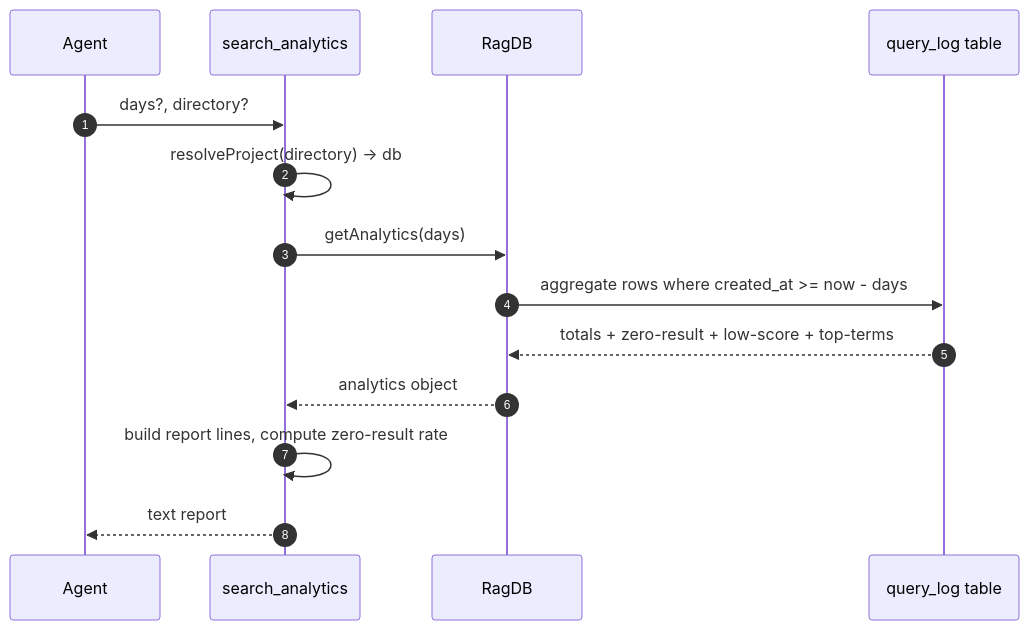
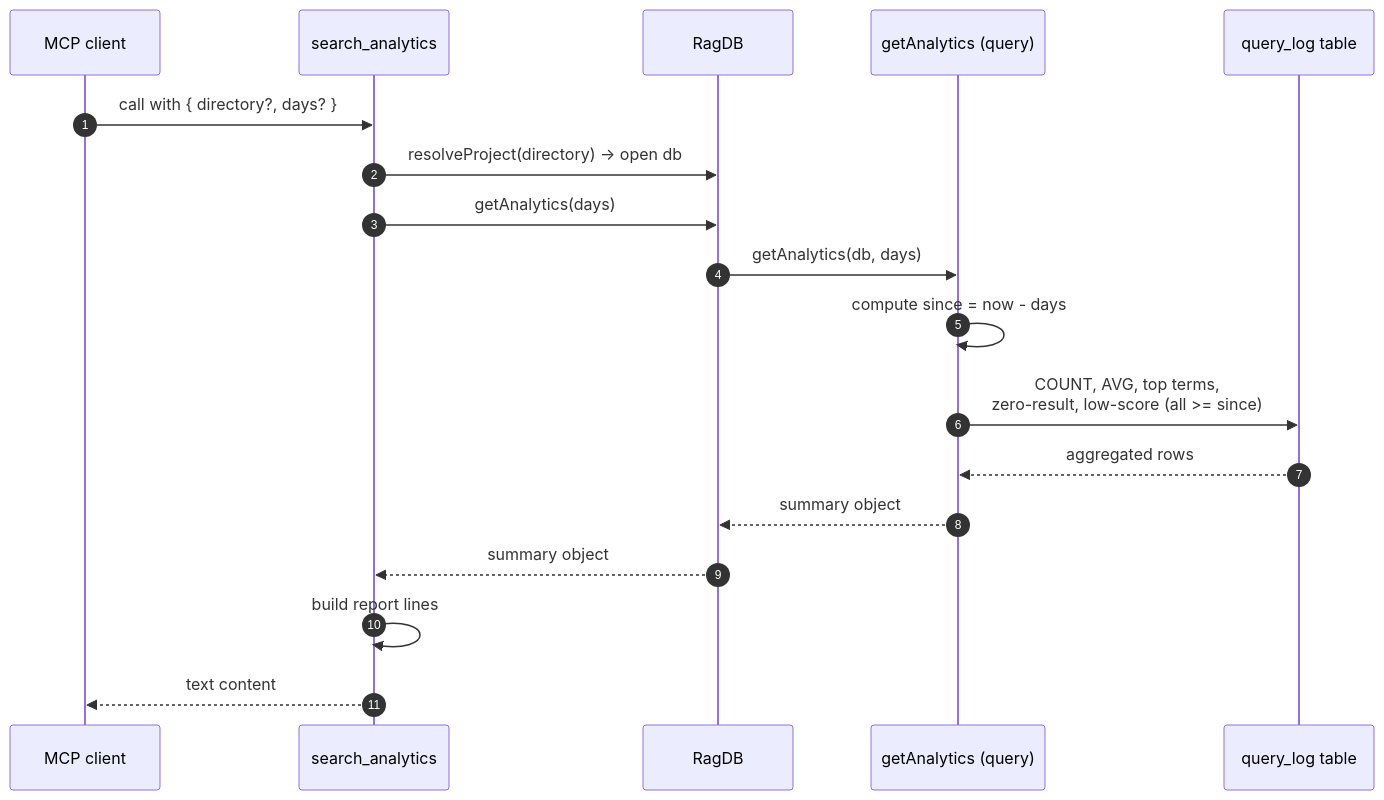
The diagram in wiki/tools/search-analytics.md (TheWinci/mimirs), drawn with Mermaid before and after one commit. The commit also changed other lines of this file and 51 other files, not shown here.

````diff
--- a/wiki/tools/search-analytics.md
+++ b/wiki/tools/search-analytics.md
@@ -31,16 +31,21 @@
 ```mermaid
 sequenceDiagram
     autonumber
-    participant Agent
+    participant Agent as MCP client
     participant Tool as search_analytics
     participant DB as RagDB
+    participant Analytics as getAnalytics (query)
     participant Log as query_log table
-    Agent->>Tool: days?, directory?
-    Tool->>Tool: resolveProject(directory) -> db
+
+    Agent->>Tool: call with { directory?, days? }
+    Tool->>DB: resolveProject(directory) -> open db
     Tool->>DB: getAnalytics(days)
-    DB->>Log: aggregate rows where created_at >= now - days
-    Log-->>DB: totals + zero-result + low-score + top-terms
-    DB-->>Tool: analytics object
-    Tool->>Tool: build report lines, compute zero-result rate
-    Tool-->>Agent: text report
+    DB->>Analytics: getAnalytics(db, days)
+    Analytics->>Analytics: compute since = now - days
+    Analytics->>Log: COUNT, AVG, top terms,<br>zero-result, low-score (all >= since)
+    Log-->>Analytics: aggregated rows
+    Analytics-->>DB: summary object
+    DB-->>Tool: summary object
+    Tool->>Tool: build report lines
+    Tool-->>Agent: text content
 ```
````
